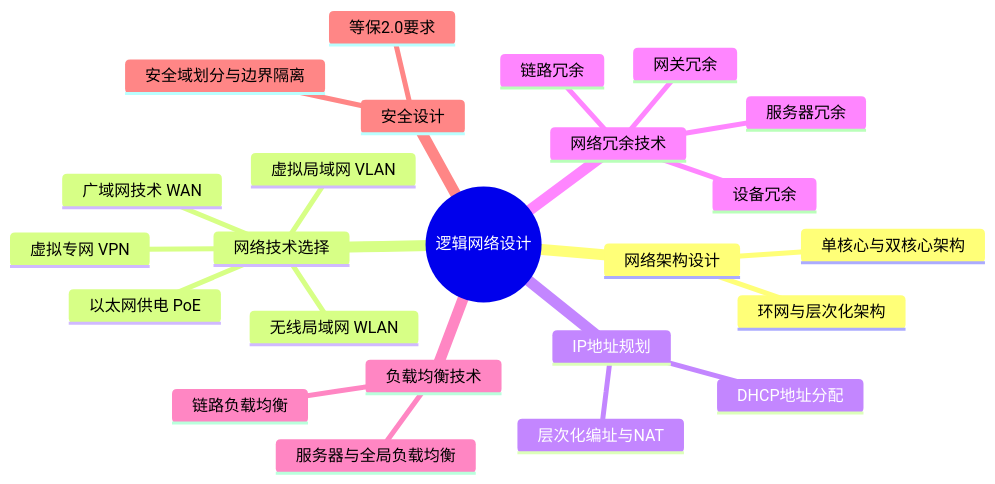
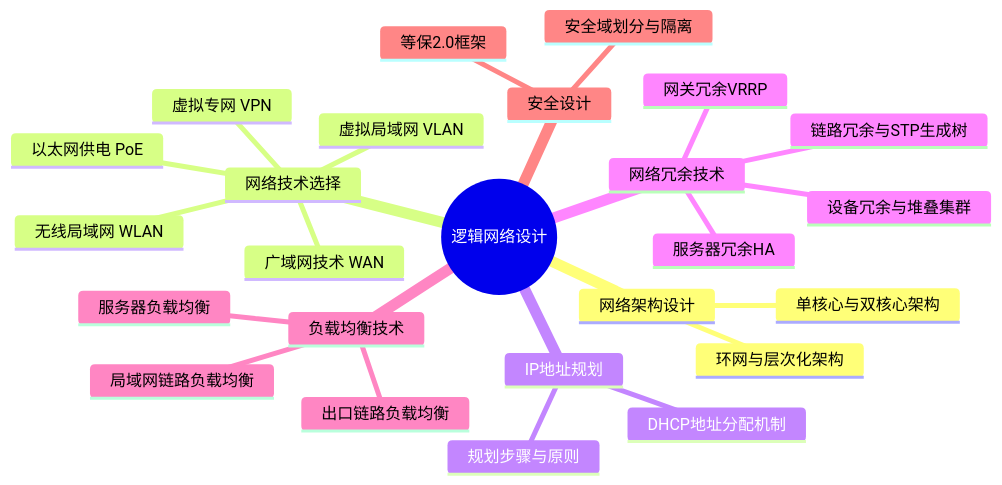
One commit to silverbulle/Network_Planning_and_Design changed the diagram in 05_logical_network_design.md. Above: the diagram before and after it, drawn with Mermaid. The commit also changed other lines of this file, not shown here.

````diff
--- a/05_logical_network_design.md
+++ b/05_logical_network_design.md
@@ -5,27 +5,28 @@
 ```mermaid
 mindmap
   root((逻辑网络设计))
     网络架构设计
       单核心与双核心架构
       环网与层次化架构
     网络技术选择
       虚拟局域网 VLAN
       无线局域网 WLAN
       广域网技术 WAN
       虚拟专网 VPN
       以太网供电 PoE
     IP地址规划
-      层次化编址与NAT
-      DHCP地址分配
+      规划步骤与原则
+      DHCP地址分配机制
     网络冗余技术
-      设备冗余
-      链路冗余
-      网关冗余
-      服务器冗余
+      设备冗余与堆叠集群
+      链路冗余与STP生成树
+      网关冗余VRRP
+      服务器冗余HA
     负载均衡技术
-      链路负载均衡
-      服务器与全局负载均衡
+      出口链路负载均衡
+      局域网链路负载均衡
+      服务器负载均衡
     安全设计
-      安全域划分与边界隔离
-      等保2.0要求
+      安全域划分与隔离
+      等保2.0框架
 ```
````
